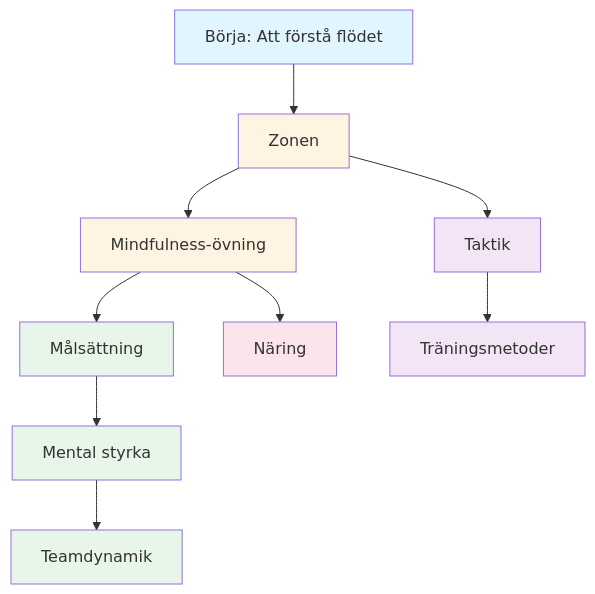
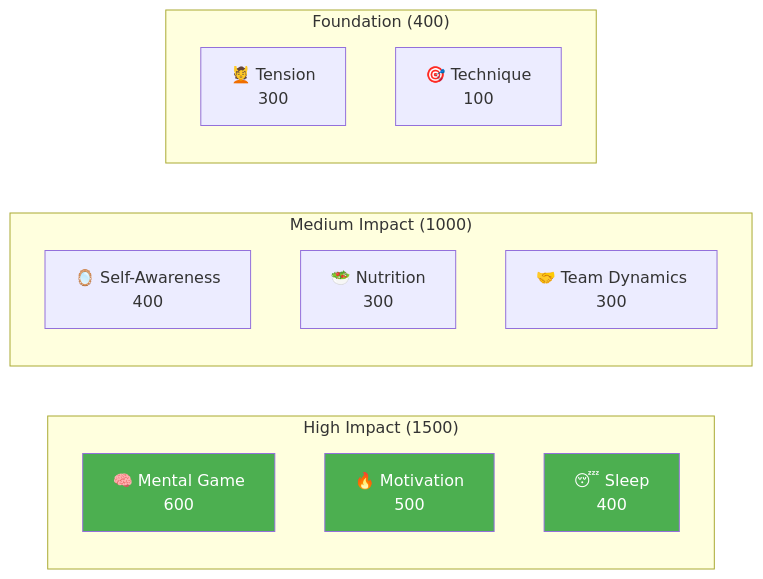
One commit to patwii/petanque-academy changed the diagram in docs/sv/education/index.md. Above: the diagram before and after it, drawn with Mermaid. The commit also changed other lines of this file and 1093 other files, not shown here.

````diff
--- a/docs/sv/education/index.md
+++ b/docs/sv/education/index.md
@@ -19,23 +34,23 @@
 ```mermaid
-graph TD
-    A[Börja: Att förstå flödet] --> B[Zonen]
-    B --> C[Mindfulness-övning]
-    C --> D[Målsättning]
-    D --> E[Mental styrka]
-    E --> F[Teamdynamik]
+graph LR
+    subgraph "High Impact (1500)"
+        A[🧠 Mental Game<br/>600]
+        B[🔥 Motivation<br/>500]
+        C[😴 Sleep<br/>400]
+    end
 
-    B --> G[Taktik]
-    G --> H[Träningsmetoder]
+    subgraph "Medium Impact (1000)"
+        D[🪞 Self-Awareness<br/>400]
+        E[🥗 Nutrition<br/>300]
+        F[🤝 Team Dynamics<br/>300]
+    end
 
-    C --> I[Näring]
+    subgraph "Foundation (400)"
+        G[💆 Tension<br/>300]
+        H[🎯 Technique<br/>100]
+    end
 
-    style A fill:#e1f5ff
-    style B fill:#fff4e1
-    style C fill:#fff4e1
-    style D fill:#e8f5e9
-    style E fill:#e8f5e9
-    style F fill:#e8f5e9
-    style G fill:#f3e5f5
-    style H fill:#f3e5f5
-    style I fill:#fce4ec
+    style A fill:#4CAF50,color:#fff
+    style B fill:#4CAF50,color:#fff
+    style C fill:#4CAF50,color:#fff
 ```
````
